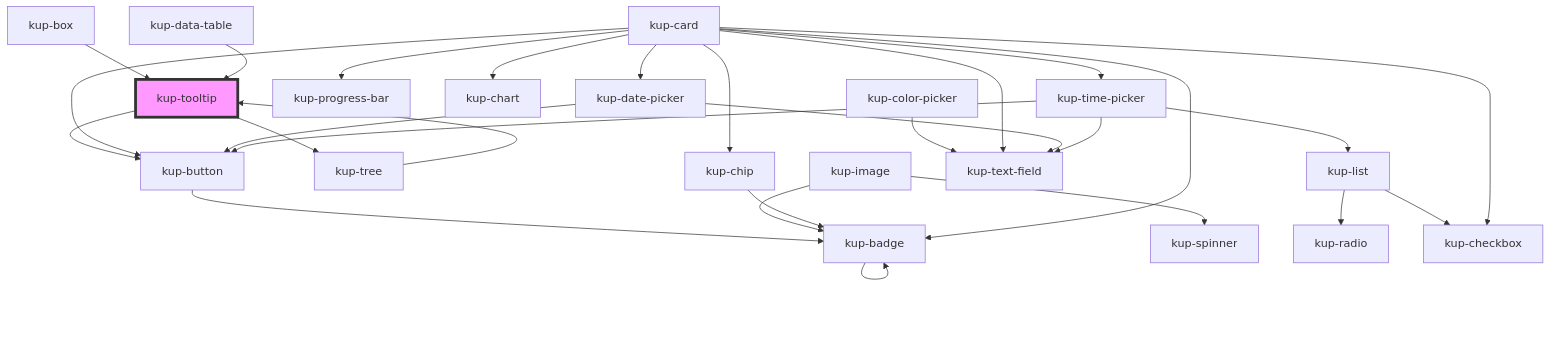
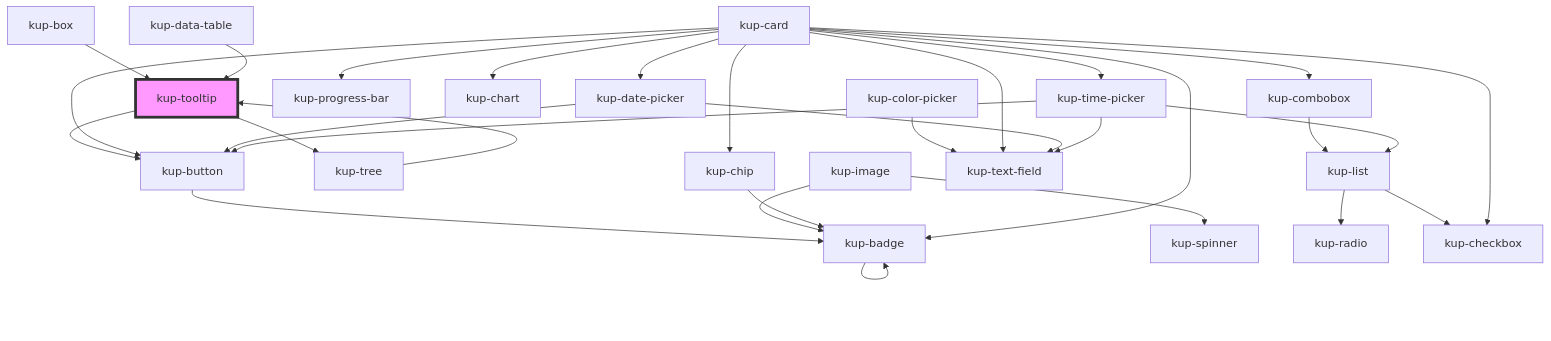
Before and after one commit to smeup/ketchup: the diagram in packages/ketchup/src/components/kup-tooltip/readme.md, drawn with Mermaid. The commit also changed 11 other files, not shown here.

````diff
--- a/packages/ketchup/src/components/kup-tooltip/readme.md
+++ b/packages/ketchup/src/components/kup-tooltip/readme.md
@@ -87,31 +87,33 @@
 ```mermaid
 graph TD;
   kup-tooltip --> kup-button
   kup-tooltip --> kup-tree
   kup-button --> kup-badge
   kup-badge --> kup-badge
   kup-tree --> kup-tooltip
   kup-image --> kup-spinner
   kup-image --> kup-badge
   kup-chip --> kup-badge
   kup-color-picker --> kup-text-field
   kup-list --> kup-radio
   kup-list --> kup-checkbox
   kup-card --> kup-chip
   kup-card --> kup-button
   kup-card --> kup-badge
   kup-card --> kup-progress-bar
   kup-card --> kup-chart
   kup-card --> kup-checkbox
+  kup-card --> kup-combobox
   kup-card --> kup-date-picker
   kup-card --> kup-text-field
   kup-card --> kup-time-picker
+  kup-combobox --> kup-list
   kup-date-picker --> kup-text-field
   kup-date-picker --> kup-button
   kup-time-picker --> kup-text-field
   kup-time-picker --> kup-button
   kup-time-picker --> kup-list
   kup-box --> kup-tooltip
   kup-data-table --> kup-tooltip
   style kup-tooltip fill:#f9f,stroke:#333,stroke-width:4px
 ```
````
